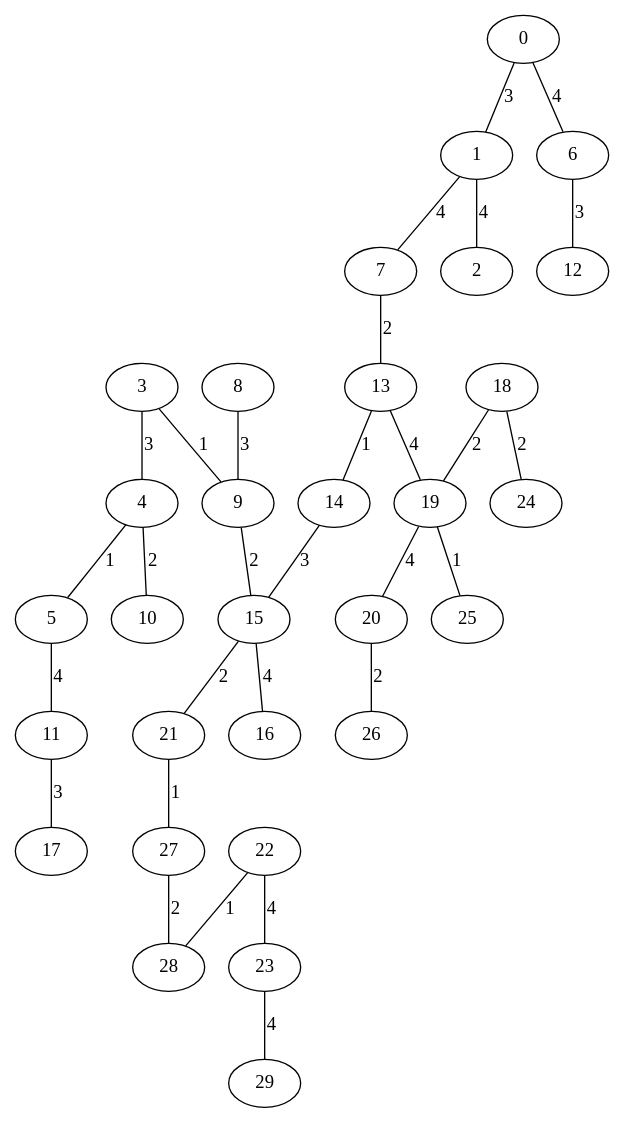
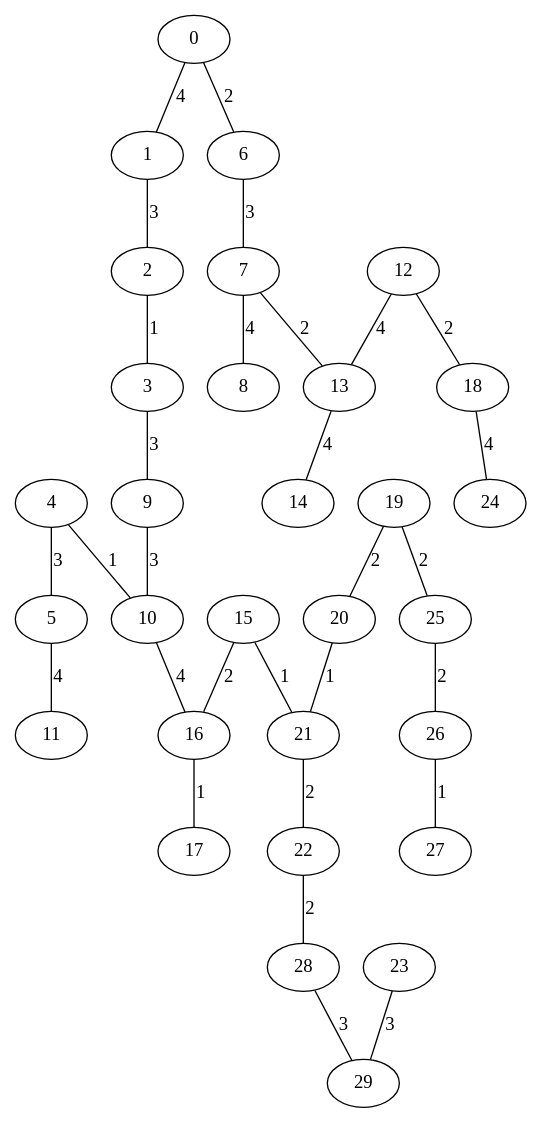
Before and after one commit to saradejesuss/GenerarGrafos: the diagram in Kruskal_Malla3030.gv, drawn with Graphviz. The commit also changed 15 other files, not shown here.

```diff
--- a/Kruskal_Malla3030.gv
+++ b/Kruskal_Malla3030.gv
@@ -1,61 +1,61 @@
 graph{
+   5;
+   25;
+   6;
+   20;
+   14;
+   21;
+   0;
+   11;
+   18;
+   26;
+   28;
+   27;
+   12;
+   2;
+   3;
+   24;
+   15;
+   8;
+   1;
+   29;
+   13;
+   22;
    7;
-   1;
+   23;
+   4;
    10;
-   13;
-   14;
-   0;
-   26;
+   19;
+   9;
    16;
-   20;
-   19;
-   25;
-   18;
-   22;
-   28;
-   2;
-   24;
-   4;
-   23;
-   5;
-   8;
-   3;
-   29;
-   12;
-   9;
-   6;
-   11;
-   15;
    17;
-   21;
-   27;
-   21 -- 27 [label="1"];
-   0 -- 1 [label="3"];
-   4 -- 10 [label="2"];
-   13 -- 19 [label="4"];
-   13 -- 14 [label="1"];
-   15 -- 16 [label="4"];
-   20 -- 26 [label="2"];
+   16 -- 17 [label="1"];
+   3 -- 9 [label="3"];
+   25 -- 26 [label="2"];
+   9 -- 10 [label="3"];
+   20 -- 21 [label="1"];
+   10 -- 16 [label="4"];
    5 -- 11 [label="4"];
-   19 -- 25 [label="1"];
-   1 -- 7 [label="4"];
-   18 -- 24 [label="2"];
-   19 -- 20 [label="4"];
-   18 -- 19 [label="2"];
-   1 -- 2 [label="4"];
-   8 -- 9 [label="3"];
-   22 -- 28 [label="1"];
-   14 -- 15 [label="3"];
-   23 -- 29 [label="4"];
-   3 -- 4 [label="3"];
-   4 -- 5 [label="1"];
-   22 -- 23 [label="4"];
-   0 -- 6 [label="4"];
-   6 -- 12 [label="3"];
-   3 -- 9 [label="1"];
+   22 -- 28 [label="2"];
+   26 -- 27 [label="1"];
+   12 -- 13 [label="4"];
+   0 -- 1 [label="4"];
+   12 -- 18 [label="2"];
+   18 -- 24 [label="4"];
+   6 -- 7 [label="3"];
+   2 -- 3 [label="1"];
+   1 -- 2 [label="3"];
+   15 -- 16 [label="2"];
+   21 -- 22 [label="2"];
+   15 -- 21 [label="1"];
+   7 -- 8 [label="4"];
+   28 -- 29 [label="3"];
+   4 -- 5 [label="3"];
    7 -- 13 [label="2"];
-   9 -- 15 [label="2"];
-   11 -- 17 [label="3"];
-   27 -- 28 [label="2"];
-   15 -- 21 [label="2"];
+   23 -- 29 [label="3"];
+   4 -- 10 [label="1"];
+   19 -- 25 [label="2"];
+   19 -- 20 [label="2"];
+   13 -- 14 [label="4"];
+   0 -- 6 [label="2"];
 }
```
